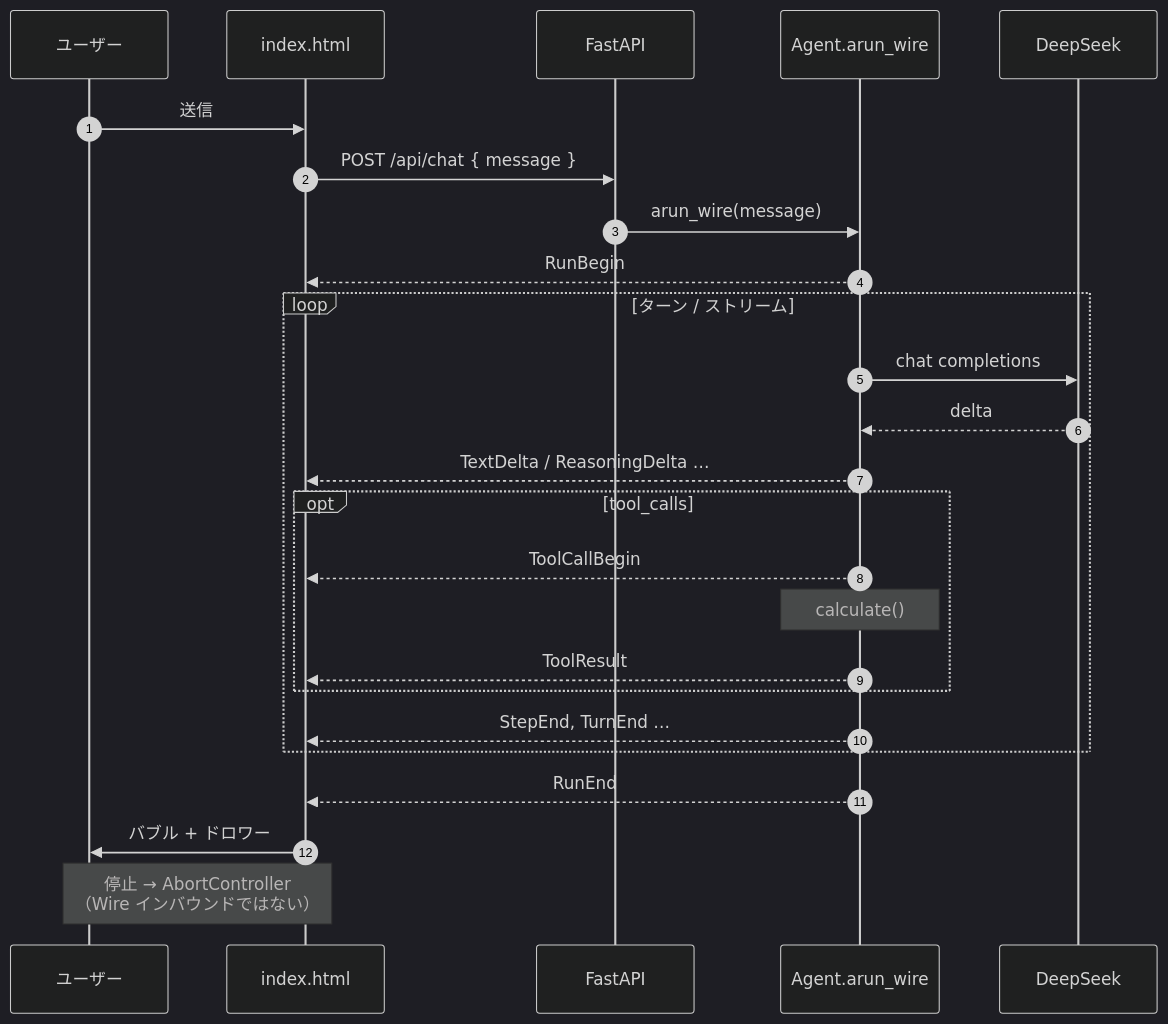
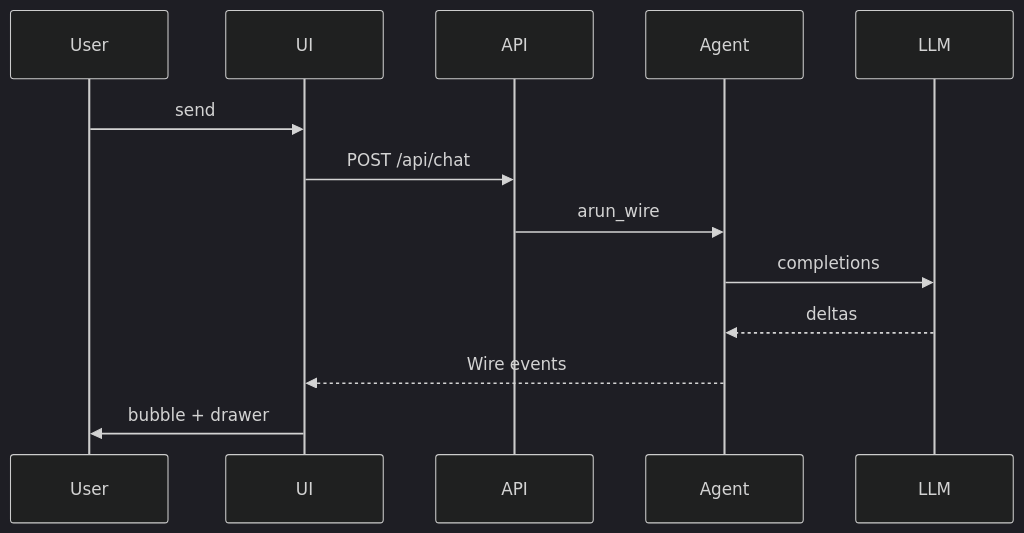
One commit to Mayerxjchen/ElectroMind changed the third of 4 diagrams in docs/ja/wire-demo.md. Above: the diagram before and after it, drawn with Mermaid (dark theme). The commit also changed other lines of this file and 23 other files, not shown here.

First line of the commit message:
docs: add Mermaid diagrams and fix rendering

````diff
--- a/docs/ja/wire-demo.md
+++ b/docs/ja/wire-demo.md
@@ -54,29 +50,16 @@
 ```mermaid
 sequenceDiagram
-  autonumber
-  participant User as ユーザー
-  participant UI as index.html
-  participant API as FastAPI
-  participant Agent as Agent.arun_wire
-  participant LLM as DeepSeek
+  participant U as User
+  participant UI
+  participant API
+  participant A as Agent
+  participant LLM
 
-  User->>UI: 送信
-  UI->>API: POST /api/chat { message }
-  API->>Agent: arun_wire(message)
-  Agent-->>UI: RunBegin
-  loop ターン / ストリーム
-    Agent->>LLM: chat completions
-    LLM-->>Agent: delta
-    Agent-->>UI: TextDelta / ReasoningDelta …
-    opt tool_calls
-      Agent-->>UI: ToolCallBegin
-      Note over Agent: calculate()
-      Agent-->>UI: ToolResult
-    end
-    Agent-->>UI: StepEnd, TurnEnd …
-  end
-  Agent-->>UI: RunEnd
-  UI->>User: バブル + ドロワー
-
-  Note over User,UI: 停止 → AbortController<br/>（Wire インバウンドではない）
+  U->>UI: send
+  UI->>API: POST /api/chat
+  API->>A: arun_wire
+  A->>LLM: completions
+  LLM-->>A: deltas
+  A-->>UI: Wire events
+  UI->>U: bubble + drawer
 ```
````
